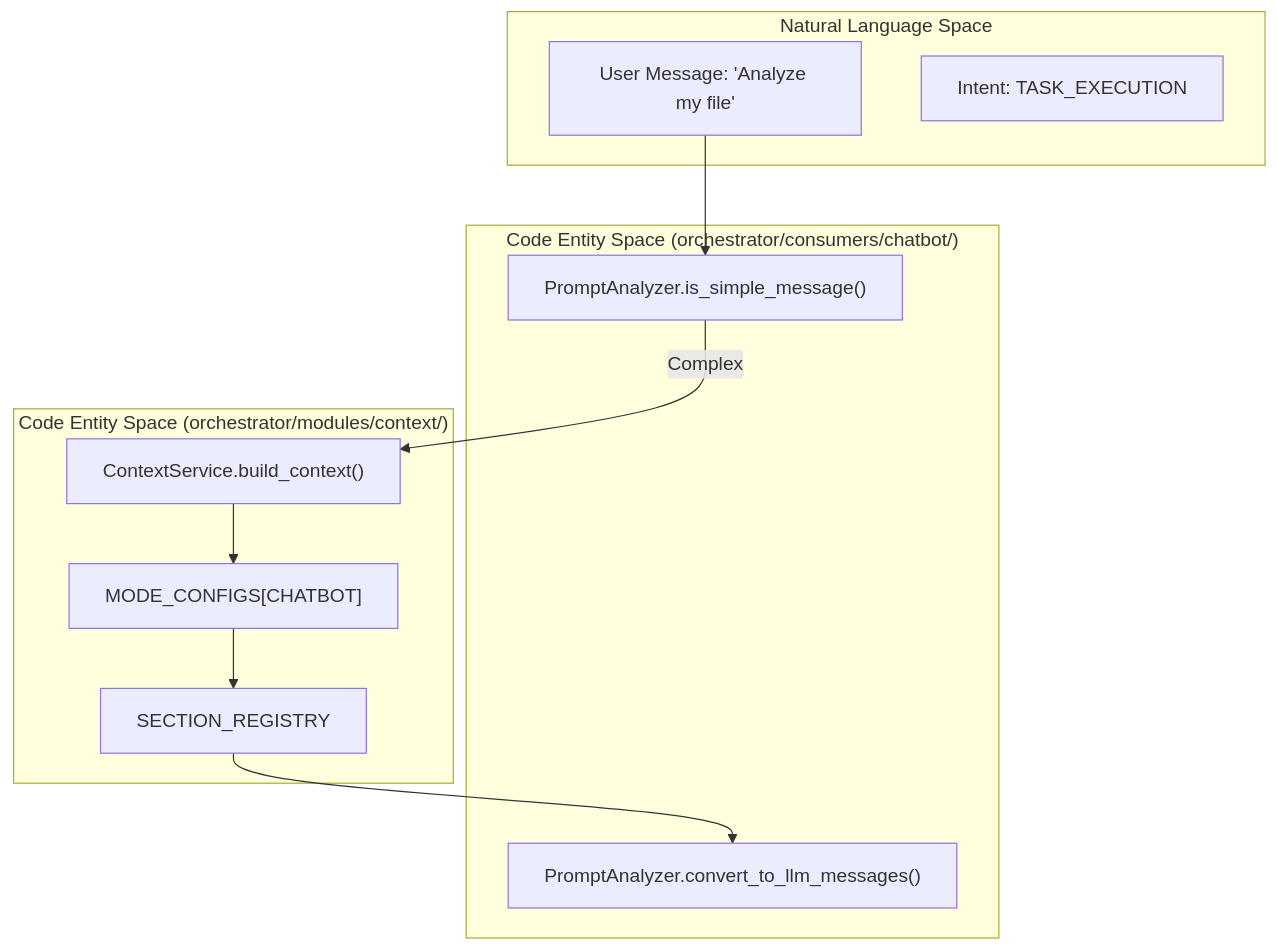
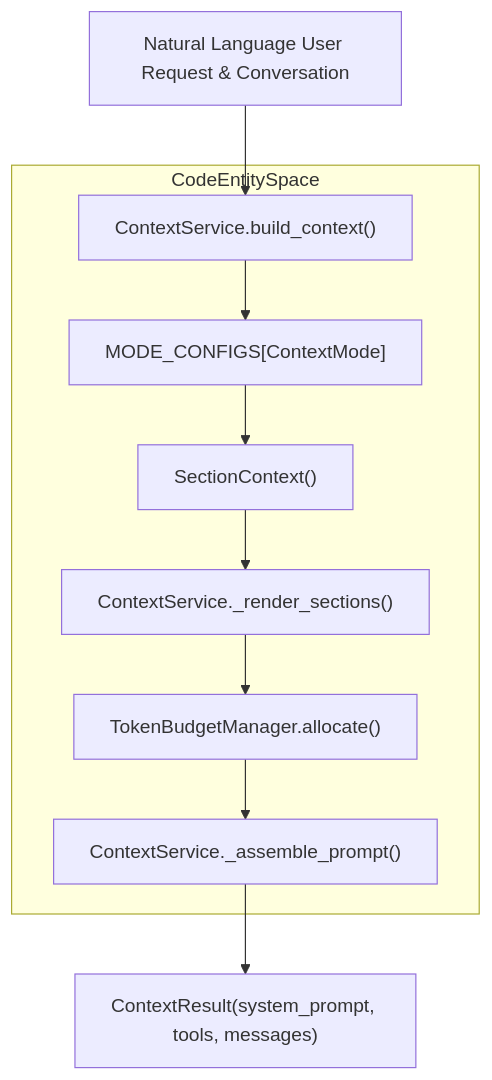
Before and after one commit to AutomatosAI/automatos-ai: the first of 3 diagrams in docs/context-service/migration-integration.md, drawn with Mermaid. The commit also changed other lines of this file and 188 other files, not shown here.

First line of the commit message:
docs: refresh architecture docs and add coverage for new subsystems (#1416)

````diff
--- a/docs/context-service/migration-integration.md
+++ b/docs/context-service/migration-integration.md
@@ -79,24 +79,14 @@
 ```mermaid
 graph TD
-    subgraph "Natural Language Space"
-        UserMsg["User Message: 'Analyze my file'"]
-        Intent["Intent: TASK_EXECUTION"]
+    UserQuery["Natural Language User Request & Conversation"] --> BuildContext["ContextService.build_context()"]
+    
+    subgraph CodeEntitySpace["CodeEntitySpace"]
+        BuildContext --> ModeConfig["MODE_CONFIGS[ContextMode]"]
+        ModeConfig --> SectionContext["SectionContext()"]
+        SectionContext --> RenderSections["ContextService._render_sections()"]
+        RenderSections --> BudgetAlloc["TokenBudgetManager.allocate()"]
+        BudgetAlloc --> PromptAssembly["ContextService._assemble_prompt()"]
     end
 
-    subgraph "Code Entity Space (orchestrator/consumers/chatbot/)"
-        Analyzer["PromptAnalyzer.is_simple_message()"]
-        Converter["PromptAnalyzer.convert_to_llm_messages()"]
-    end
-
-    subgraph "Code Entity Space (orchestrator/modules/context/)"
-        Svc["ContextService.build_context()"]
-        Registry["SECTION_REGISTRY"]
-        ModeCfg["MODE_CONFIGS[CHATBOT]"]
-    end
-
-    UserMsg --> Analyzer
-    Analyzer -- "Complex" --> Svc
-    Svc --> ModeCfg
-    ModeCfg --> Registry
-    Registry --> Converter
+    PromptAssembly --> LLMReady["ContextResult(system_prompt, tools, messages)"]
 ```
````
